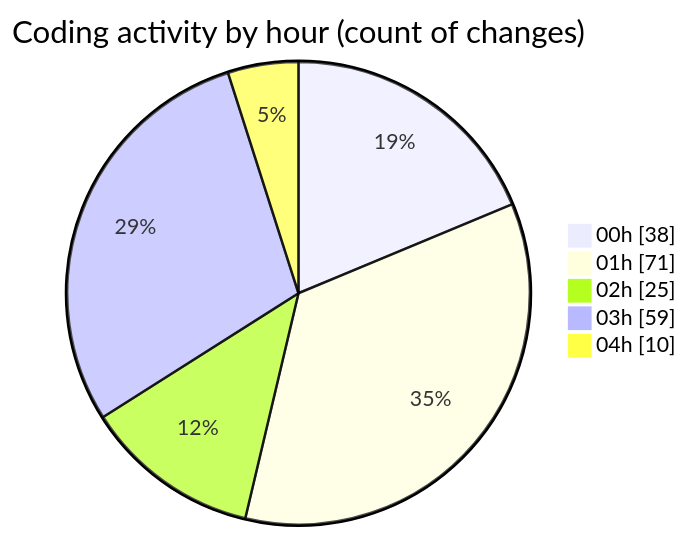
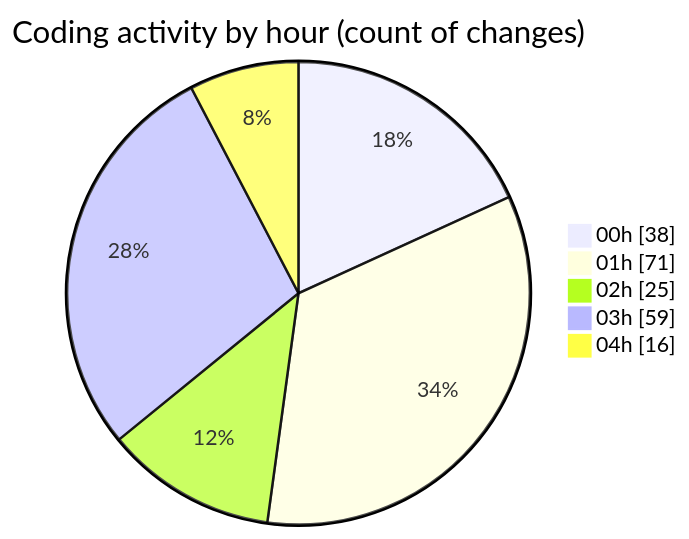
The second of 2 diagrams in 2025-07-27/quanlyrapchieuphim-1/README.md (lephambinh05/code-tracking), drawn with Mermaid before and after one commit. The commit also changed other lines of this file and 1 other file, not shown here.

````diff
--- a/2025-07-27/quanlyrapchieuphim-1/README.md
+++ b/2025-07-27/quanlyrapchieuphim-1/README.md
@@ -78,9 +78,9 @@
 ```mermaid
 pie showData
 title Coding activity by hour (count of changes)
 "00h" : 38
 "01h" : 71
 "02h" : 25
 "03h" : 59
-"04h" : 10
+"04h" : 16
 ```
````
